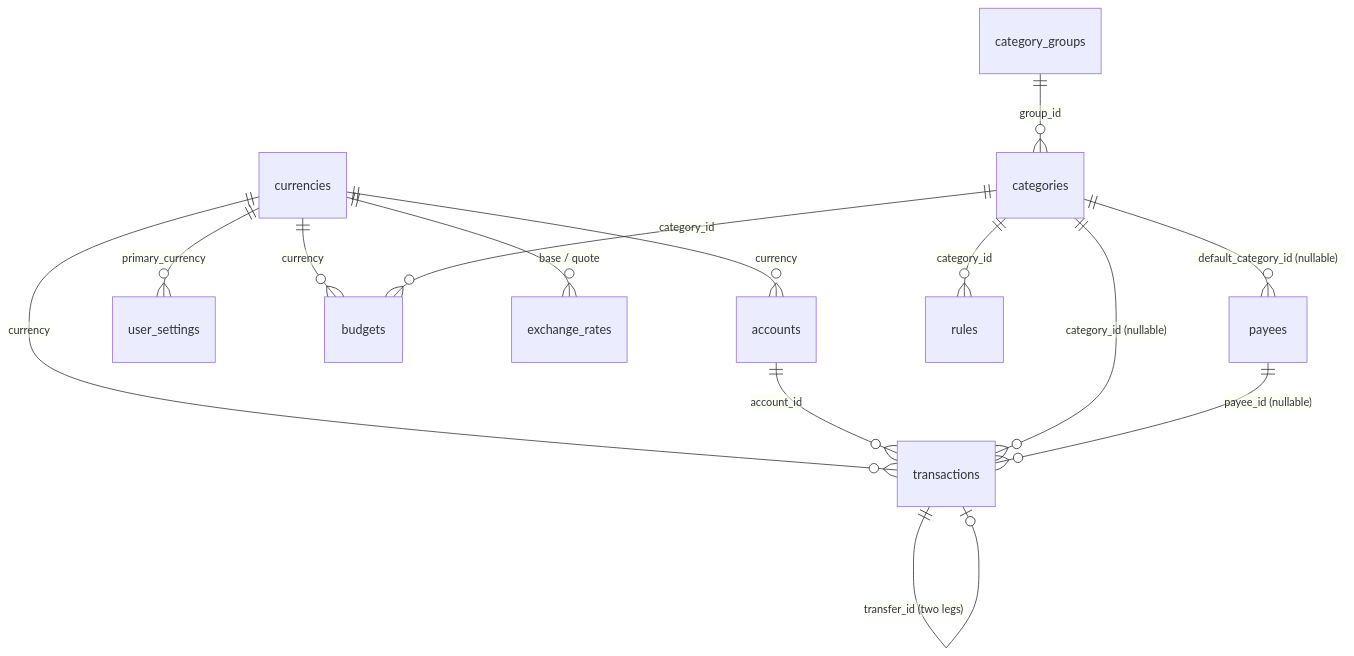
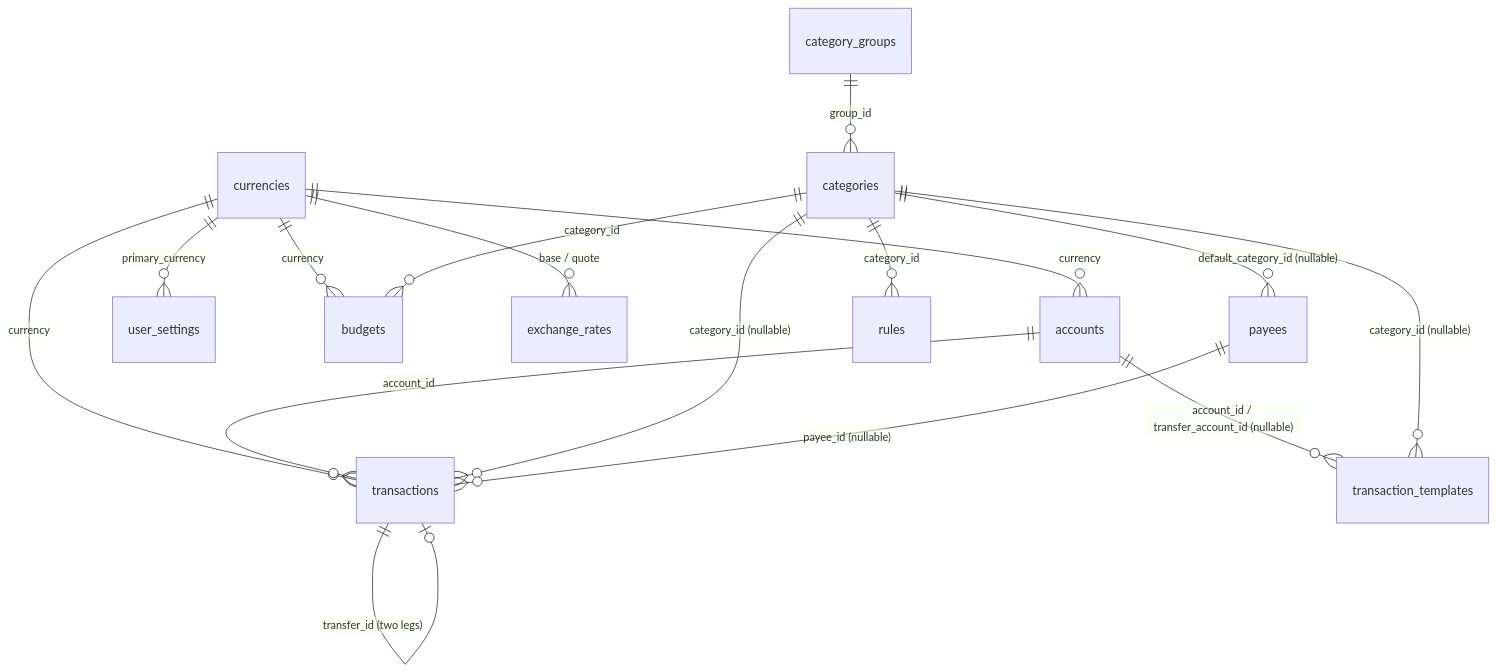
Before and after one commit to lucasvallejodev/my-budget-tracker: the diagram in docs/architecture/data-model.md, drawn with Mermaid. The commit also changed other lines of this file and 59 other files, not shown here.

First line of the commit message:
Add transaction templates

````diff
--- a/docs/architecture/data-model.md
+++ b/docs/architecture/data-model.md
@@ -17,16 +17,18 @@
 ```mermaid
 erDiagram
   currencies ||--o{ accounts : "currency"
   currencies ||--o{ transactions : "currency"
   currencies ||--o{ user_settings : "primary_currency"
   currencies ||--o{ budgets : "currency"
   currencies ||--o{ exchange_rates : "base / quote"
   accounts ||--o{ transactions : "account_id"
   category_groups ||--o{ categories : "group_id"
   categories ||--o{ transactions : "category_id (nullable)"
   categories ||--o{ payees : "default_category_id (nullable)"
   categories ||--o{ budgets : "category_id"
   categories ||--o{ rules : "category_id"
   payees ||--o{ transactions : "payee_id (nullable)"
+  accounts ||--o{ transaction_templates : "account_id / transfer_account_id (nullable)"
+  categories ||--o{ transaction_templates : "category_id (nullable)"
   transactions ||--o| transactions : "transfer_id (two legs)"
 ```
````
